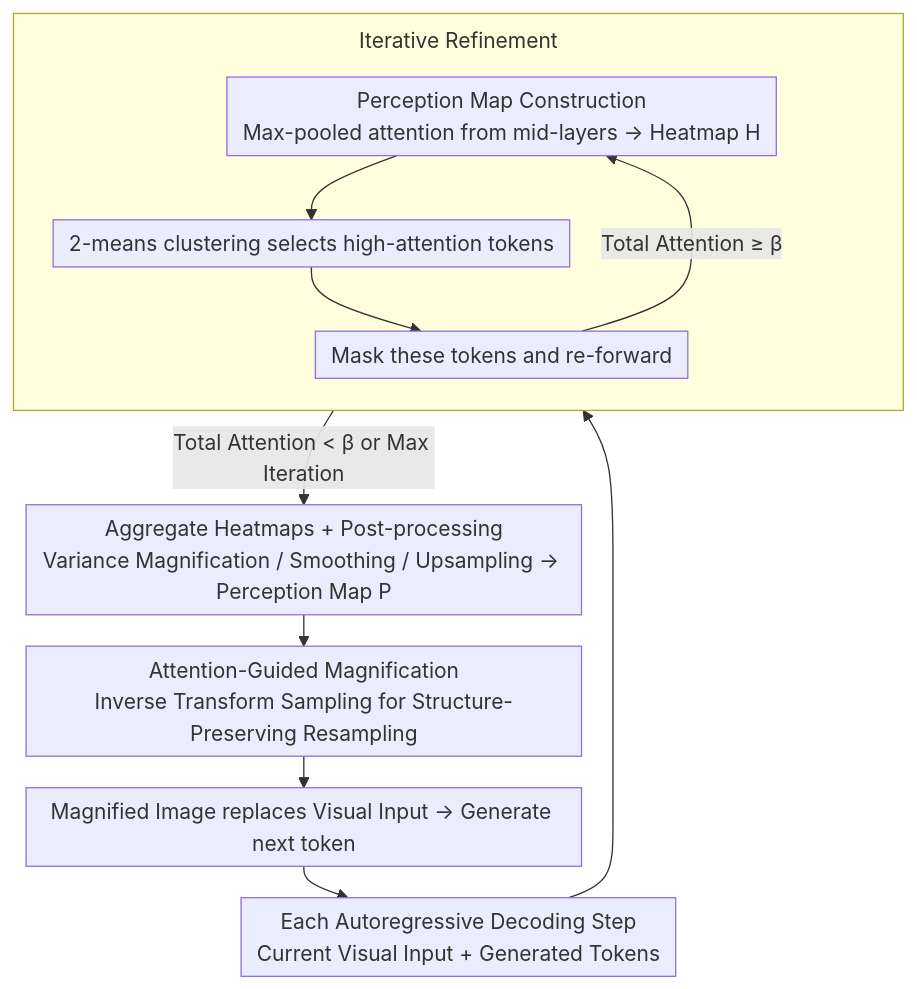
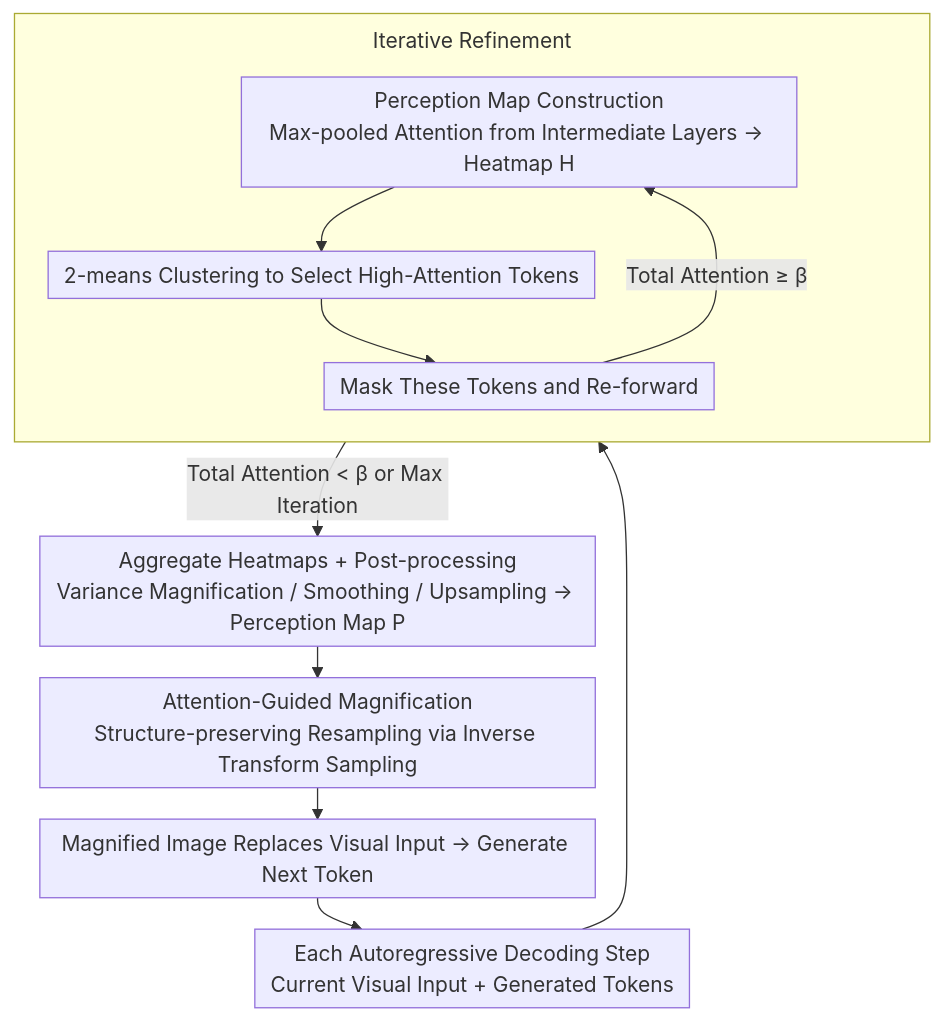
One commit to zhaoyang97/Paper-Notes-en changed the diagram in docs/ACL2026/hallucination/through_the_magnifying_glass_adaptive_perception_magnification_for_hallucination.md. Above: the diagram before and after it, drawn with Mermaid. The commit also changed other lines of this file and 5084 other files, not shown here.

````diff
--- a/docs/ACL2026/hallucination/through_the_magnifying_glass_adaptive_perception_magnification_for_hallucination.md
+++ b/docs/ACL2026/hallucination/through_the_magnifying_glass_adaptive_perception_magnification_for_hallucination.md
@@ -45,15 +45,15 @@
 ```mermaid
 %%{init: {'flowchart': {'rankSpacing': 24, 'nodeSpacing': 28, 'padding': 6, 'wrappingWidth': 400, 'subGraphTitleMargin': {'top': 8, 'bottom': 16}}}}%%
 flowchart TD
     A["Each Autoregressive Decoding Step<br/>Current Visual Input + Generated Tokens"] --> REFINE
     subgraph REFINE["Iterative Refinement"]
         direction TB
-        B["Perception Map Construction<br/>Max-pooled attention from mid-layers → Heatmap H"] --> C["2-means clustering selects high-attention tokens"]
-        C --> D["Mask these tokens and re-forward"]
+        B["Perception Map Construction<br/>Max-pooled Attention from Intermediate Layers → Heatmap H"] --> C["2-means Clustering to Select High-Attention Tokens"]
+        C --> D["Mask These Tokens and Re-forward"]
         D -->|"Total Attention ≥ β"| B
     end
     REFINE -->|"Total Attention < β or Max Iteration"| E["Aggregate Heatmaps + Post-processing<br/>Variance Magnification / Smoothing / Upsampling → Perception Map P"]
-    E --> F["Attention-Guided Magnification<br/>Inverse Transform Sampling for Structure-Preserving Resampling"]
-    F --> G["Magnified Image replaces Visual Input → Generate next token"]
+    E --> F["Attention-Guided Magnification<br/>Structure-preserving Resampling via Inverse Transform Sampling"]
+    F --> G["Magnified Image Replaces Visual Input → Generate Next Token"]
     G --> A
 ```
````
